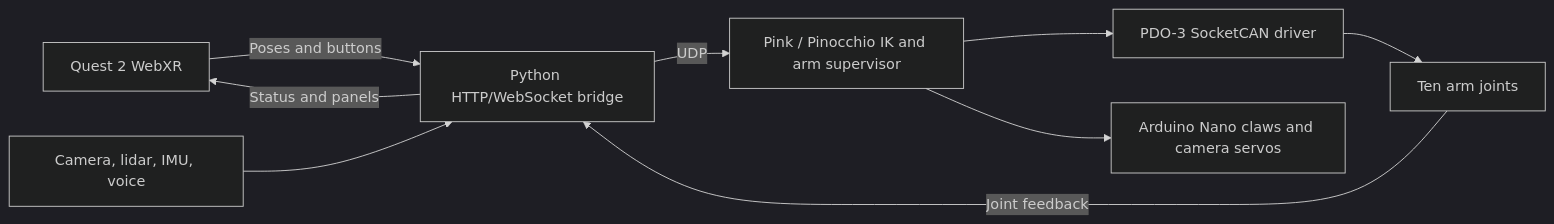
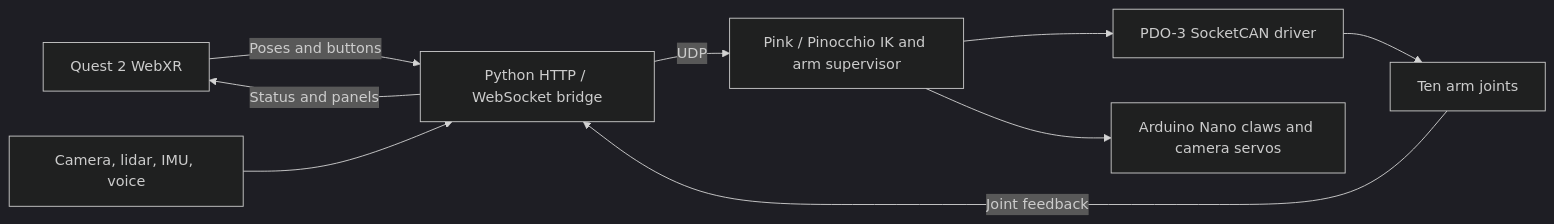
Before and after one commit to joses2017smjh/quest-vr-teleop: the diagram in README.md, drawn with Mermaid (dark theme). The commit also changed other lines of this file, not shown here.

````diff
--- a/README.md
+++ b/README.md
@@ -21,11 +29,11 @@
 ```mermaid
 flowchart LR
-  A[Quest 2 WebXR] -->|Poses and buttons| B[Python HTTP/WebSocket bridge]
+  A[Quest 2 WebXR] -->|Poses and buttons| B[Python HTTP / WebSocket bridge]
   B -->|UDP| C[Pink / Pinocchio IK and arm supervisor]
   C --> D[PDO-3 SocketCAN driver]
   D --> E[Ten arm joints]
   C --> F[Arduino Nano claws and camera servos]
   E -->|Joint feedback| B
   G[Camera, lidar, IMU, voice] --> B
   B -->|Status and panels| A
 ```
````
